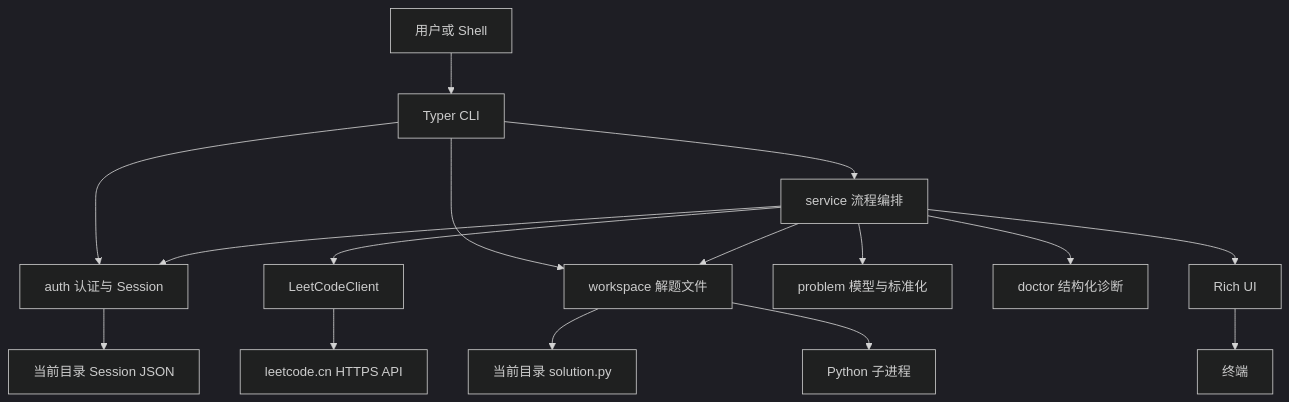
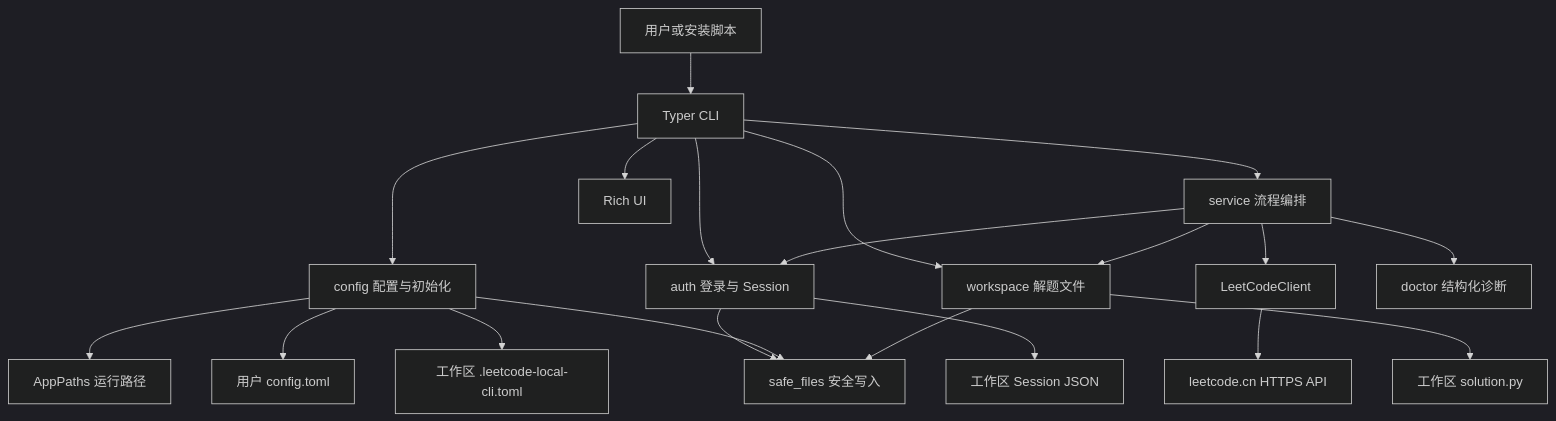
One commit to Aetherialter/leetcode-cn-local-cli changed the diagram in docs/ARCHITECTURE.md. Above: the diagram before and after it, drawn with Mermaid (dark theme). The commit also changed other lines of this file and 31 other files, not shown here.

````diff
--- a/docs/ARCHITECTURE.md
+++ b/docs/ARCHITECTURE.md
@@ -11,18 +11,22 @@
 ```mermaid
 flowchart TD
-    USER[用户或 Shell] --> CLI[Typer CLI]
-    CLI --> SERVICE[service 流程编排]
-    CLI --> AUTH[auth 认证与 Session]
-    CLI --> WORKSPACE[workspace 解题文件]
+    USER["用户或安装脚本"] --> CLI["Typer CLI"]
+    CLI --> CONFIG["config 配置与初始化"]
+    CONFIG --> PATHS["AppPaths 运行路径"]
+    CONFIG --> USERCFG["用户 config.toml"]
+    CONFIG --> WORKCFG["工作区 .leetcode-local-cli.toml"]
+    CLI --> SERVICE["service 流程编排"]
+    CLI --> AUTH["auth 登录与 Session"]
+    CLI --> WORKSPACE["workspace 解题文件"]
     SERVICE --> AUTH
-    SERVICE --> CLIENT[LeetCodeClient]
-    SERVICE --> PROBLEM[problem 模型与标准化]
+    SERVICE --> CLIENT["LeetCodeClient"]
+    SERVICE --> DOCTOR["doctor 结构化诊断"]
     SERVICE --> WORKSPACE
-    SERVICE --> DOCTOR[doctor 结构化诊断]
-    SERVICE --> UI[Rich UI]
-    CLIENT --> CN[leetcode.cn HTTPS API]
-    AUTH --> SESSION[当前目录 Session JSON]
-    WORKSPACE --> SOLUTION[当前目录 solution.py]
-    WORKSPACE --> PYTHON[Python 子进程]
-    UI --> TERMINAL[终端]
+    AUTH --> SESSION["工作区 Session JSON"]
+    WORKSPACE --> SOLUTION["工作区 solution.py"]
+    AUTH --> SAFEFILES["safe_files 安全写入"]
+    CONFIG --> SAFEFILES
+    WORKSPACE --> SAFEFILES
+    CLIENT --> CN["leetcode.cn HTTPS API"]
+    CLI --> UI["Rich UI"]
 ```
````
